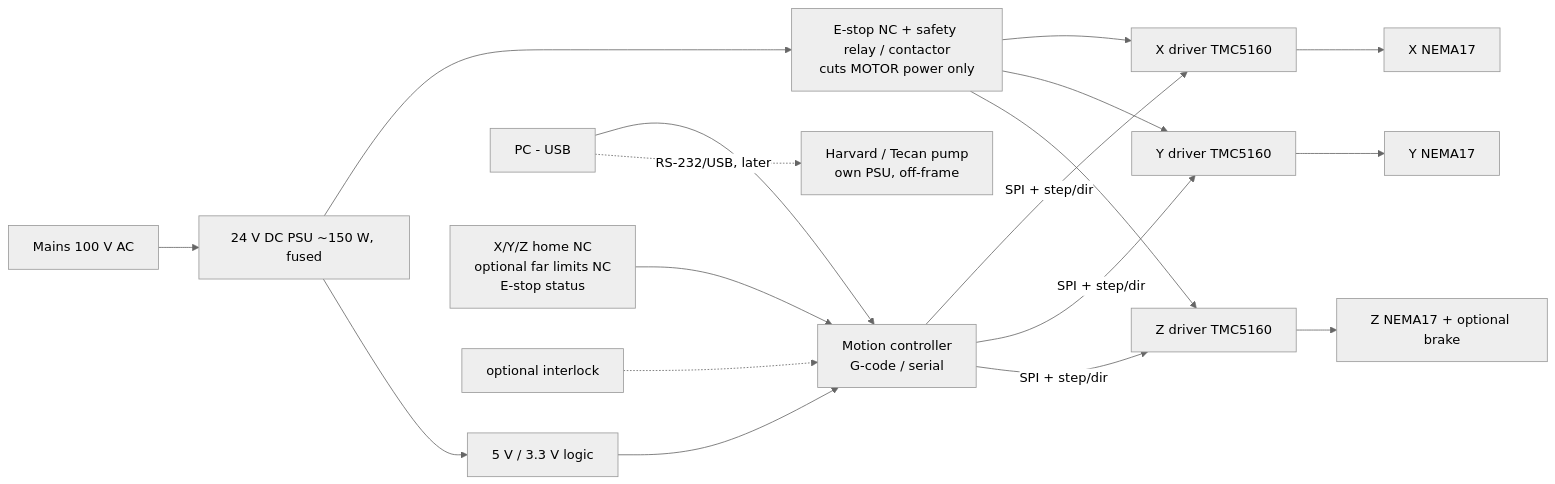
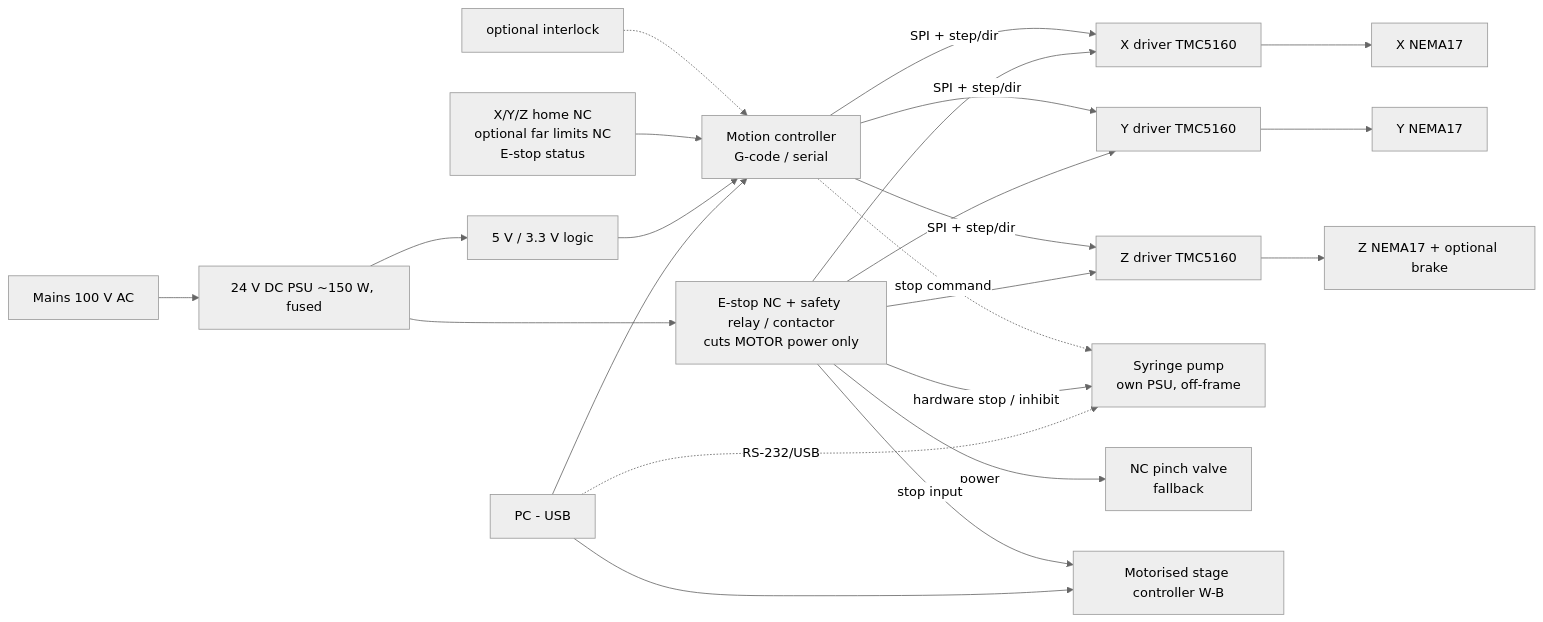
Before and after one commit to Iwamo-yu/picker_: the diagram in docs/06_electrical.md, drawn with Mermaid (neutral theme). The commit also changed other lines of this file and 73 other files, not shown here.

````diff
--- a/docs/06_electrical.md
+++ b/docs/06_electrical.md
@@ -6,16 +6,21 @@
 ```mermaid
 flowchart LR
   AC[Mains 100 V AC] --> PSU[24 V DC PSU ~150 W, fused]
   PSU --> ES[E-stop NC + safety relay / contactor<br/>cuts MOTOR power only]
   PSU --> LOGIC[5 V / 3.3 V logic]
   PC[PC - USB] --> CTL[Motion controller<br/>G-code / serial]
   LOGIC --> CTL
   ES --> DX[X driver TMC5160] & DY[Y driver TMC5160] & DZ[Z driver TMC5160]
   CTL -- SPI + step/dir --> DX & DY & DZ
   DX --> MX[X NEMA17]
   DY --> MY[Y NEMA17]
   DZ --> MZ[Z NEMA17 + optional brake]
   SW[X/Y/Z home NC<br/>optional far limits NC<br/>E-stop status] --> CTL
   IL[optional interlock] -.-> CTL
-  PC -. RS-232/USB, later .-> PUMP[Harvard / Tecan pump<br/>own PSU, off-frame]
+  PC -. RS-232/USB .-> PUMP[Syringe pump<br/>own PSU, off-frame]
+  ES -- hardware stop / inhibit --> PUMP
+  CTL -. stop command .-> PUMP
+  ES -- power --> PV[NC pinch valve<br/>fallback]
+  PC --> STG[Motorised stage controller W-B]
+  ES -- stop input --> STG
 ```
````
